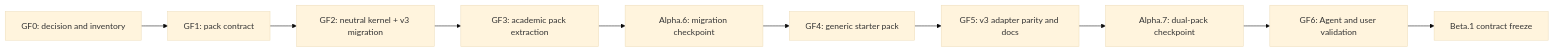
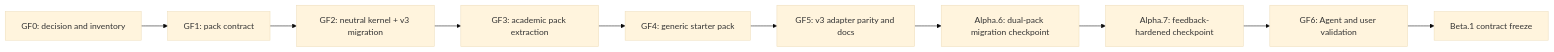
One commit to jxpeng98/CanISend changed the second of 2 diagrams in docs/superpowers/plans/2026-08-02-generic-framework-transition-plan.md. Above: the diagram before and after it, drawn with Mermaid (base theme). The commit also changed other lines of this file and 3 other files, not shown here.

First line of the commit message:
docs(roadmap): freeze dual-pack Alpha.6 scope

````diff
--- a/docs/superpowers/plans/2026-08-02-generic-framework-transition-plan.md
+++ b/docs/superpowers/plans/2026-08-02-generic-framework-transition-plan.md
@@ -324,12 +324,12 @@
 ```mermaid
 flowchart LR
     GF0["GF0: decision and inventory"] --> GF1["GF1: pack contract"]
     GF1 --> GF2["GF2: neutral kernel + v3 migration"]
     GF2 --> GF3["GF3: academic pack extraction"]
-    GF3 --> A6["Alpha.6: migration checkpoint"]
-    A6 --> GF4["GF4: generic starter pack"]
+    GF3 --> GF4["GF4: generic starter pack"]
     GF4 --> GF5["GF5: v3 adapter parity and docs"]
-    GF5 --> A7["Alpha.7: dual-pack checkpoint"]
+    GF5 --> A6["Alpha.6: dual-pack migration checkpoint"]
+    A6 --> A7["Alpha.7: feedback-hardened checkpoint"]
     A7 --> GF6["GF6: Agent and user validation"]
     GF6 --> BETA["Beta.1 contract freeze"]
 ```
````
